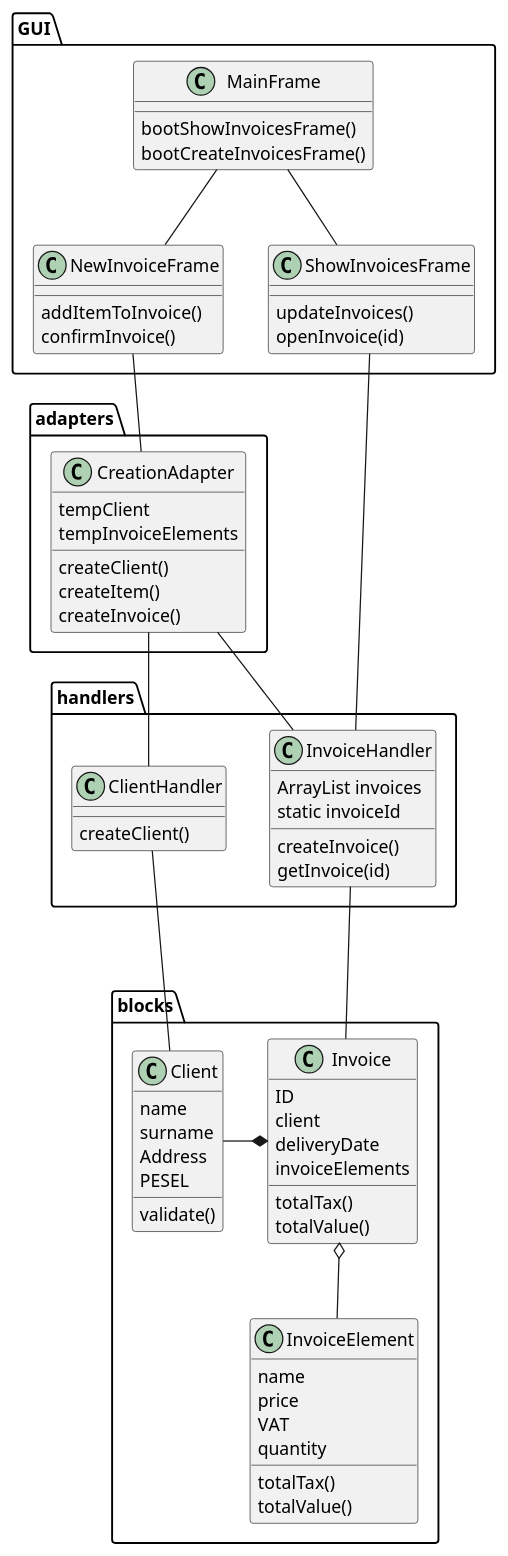
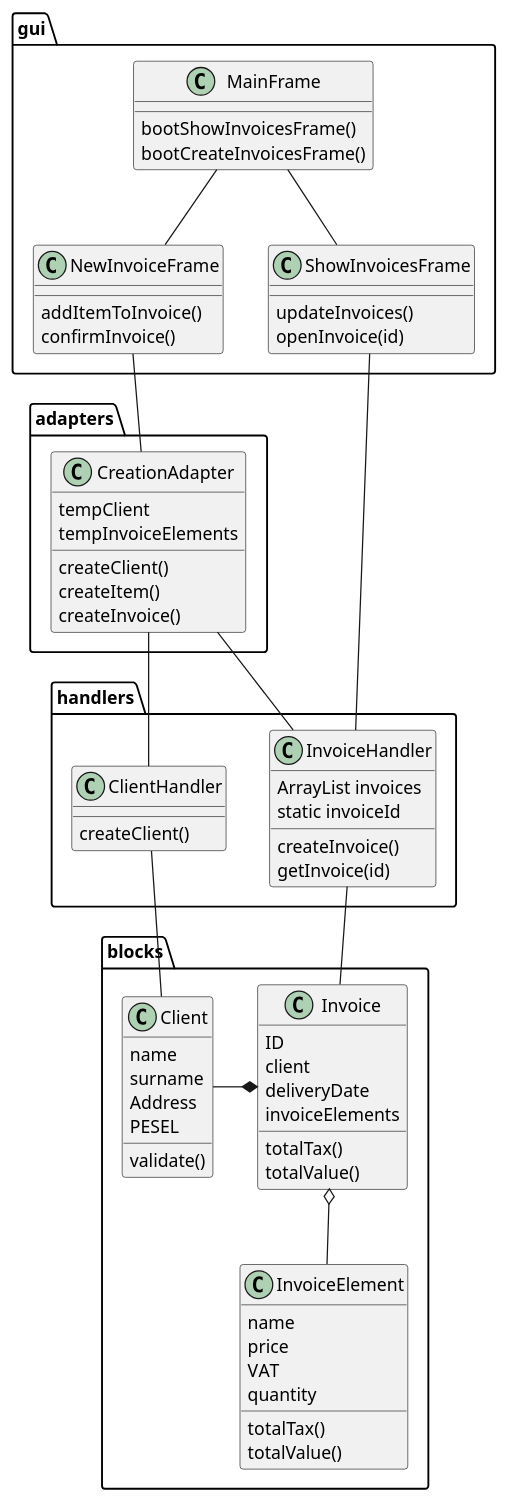
One commit to Fermento99/TP changed the diagram in faktura/UML/class.puml. Above: the diagram before and after it, drawn with PlantUML. The commit also changed 16 other files, not shown here.

```diff
--- a/faktura/UML/class.puml
+++ b/faktura/UML/class.puml
@@ -1,76 +1,76 @@
 @startuml
 
 class blocks.Invoice {
     ID
     client
     deliveryDate
     invoiceElements
     totalTax()
     totalValue()
 }
 
 class blocks.Client {
     name
     surname
     Address
     PESEL
     validate()
 }
 
 class blocks.InvoiceElement{
     name
     price
     VAT
     quantity
     totalTax()
     totalValue()
 }
 
 class handlers.InvoiceHandler{
     ArrayList invoices
     static invoiceId
     createInvoice()
     getInvoice(id)
 }
 
 class handlers.ClientHandler{
     createClient()
 }
 
 class adapters.CreationAdapter {
     tempClient
     tempInvoiceElements
     createClient()
     createItem()
     createInvoice()
 
 }
 
 
-class GUI.MainFrame{
+class gui.MainFrame{
     bootShowInvoicesFrame()
     bootCreateInvoicesFrame()
 }
 
-class GUI.NewInvoiceFrame {
+class gui.NewInvoiceFrame {
     addItemToInvoice()
     confirmInvoice()
 }
 
-class GUI.ShowInvoicesFrame {
+class gui.ShowInvoicesFrame {
     updateInvoices()
     openInvoice(id)
 }
 
-GUI.NewInvoiceFrame -- adapters.CreationAdapter
-GUI.MainFrame -- GUI.ShowInvoicesFrame
-GUI.MainFrame -- GUI.NewInvoiceFrame
-GUI.ShowInvoicesFrame -- handlers.InvoiceHandler
+gui.NewInvoiceFrame - adapters.CreationAdapter
+gui.MainFrame -- gui.ShowInvoicesFrame
+gui.MainFrame -- gui.NewInvoiceFrame
+gui.ShowInvoicesFrame --- handlers.InvoiceHandler
 adapters.CreationAdapter -- handlers.ClientHandler
 adapters.CreationAdapter -- handlers.InvoiceHandler
 blocks.Invoice *- blocks.Client
 blocks.Invoice o-- blocks.InvoiceElement
 handlers.InvoiceHandler -- blocks.Invoice
-handlers.ClientHandler --- blocks.Client
+handlers.ClientHandler -- blocks.Client
 
 @enduml
```
